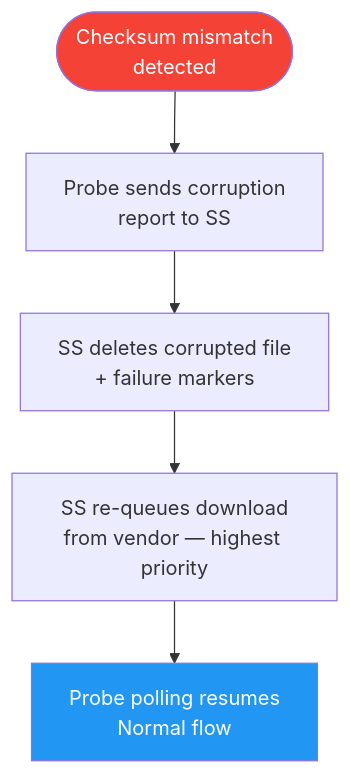
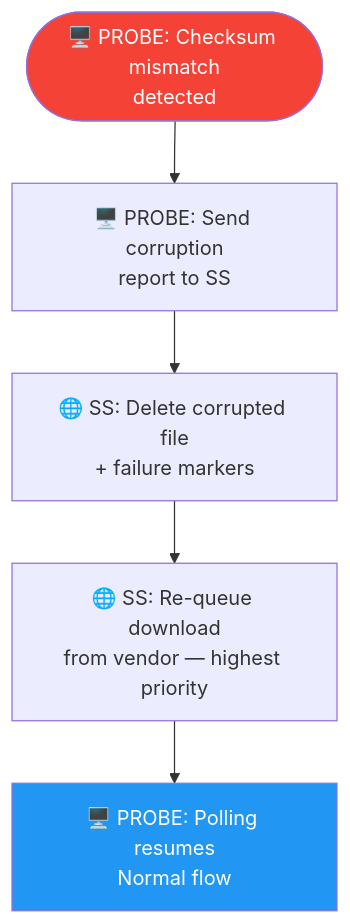
One commit to ranjithkumar-a-23525/RebaseEx changed the eighth of 29 diagrams in use-case-diagrams.md. Above: the diagram before and after it, drawn with Mermaid. The commit also changed other lines of this file, not shown here.

````diff
--- a/use-case-diagrams.md
+++ b/use-case-diagrams.md
@@ -163,10 +163,10 @@
 ```mermaid
 flowchart TD
-    A([Checksum mismatch<br/>detected]) --> B[Probe sends corruption<br/>report to SS]
-    B --> C[SS deletes corrupted file<br/>+ failure markers]
-    C --> D[SS re-queues download<br/>from vendor — highest priority]
-    D --> E[Probe polling resumes<br/>Normal flow]
+    A(["🖥️ PROBE: Checksum mismatch<br/>detected"]) --> B["🖥️ PROBE: Send corruption<br/>report to SS"]
+    B --> C["🌐 SS: Delete corrupted file<br/>+ failure markers"]
+    C --> D["🌐 SS: Re-queue download<br/>from vendor — highest priority"]
+    D --> E["🖥️ PROBE: Polling resumes<br/>Normal flow"]
 
     style A fill:#f44336,color:#fff
     style E fill:#2196F3,color:#fff
 ```
````
